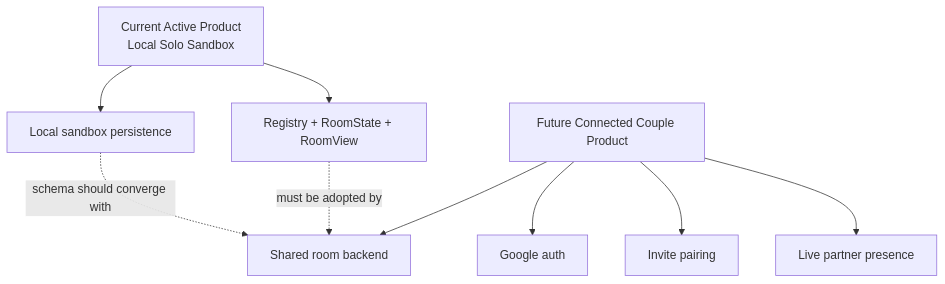
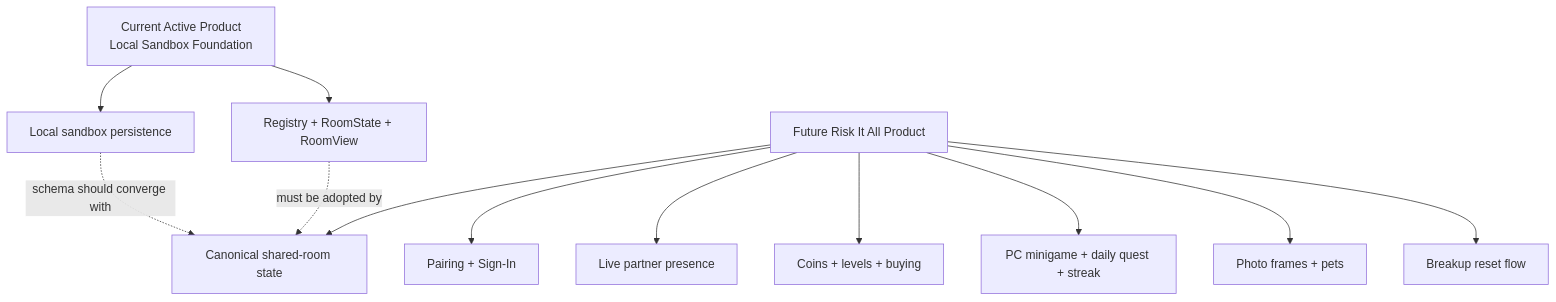
The sixth of 6 diagrams in docs/DIAGRAMS.md (Erlavush/FAHHH), drawn with Mermaid before and after one commit. The commit also changed other lines of this file and 19 other files, not shown here.

Commit message:
Add local inventory ownership flow and update project vision

````diff
--- a/docs/DIAGRAMS.md
+++ b/docs/DIAGRAMS.md
@@ -106,13 +104,16 @@
 ```mermaid
 flowchart TD
-  Current["Current Active Product<br/>Local Solo Sandbox"] --> CurrentTruth["Registry + RoomState + RoomView"]
+  Current["Current Active Product<br/>Local Sandbox Foundation"] --> CurrentTruth["Registry + RoomState + RoomView"]
   Current --> LocalSave["Local sandbox persistence"]
 
-  Future["Future Connected Couple Product"] --> Auth["Google auth"]
-  Future --> Pairing["Invite pairing"]
-  Future --> SharedRoom["Shared room backend"]
+  Future["Future Risk It All Product"] --> Auth["Pairing + Sign-In"]
+  Future --> SharedRoom["Canonical shared-room state"]
   Future --> Presence["Live partner presence"]
+  Future --> Economy["Coins + levels + buying"]
+  Future --> Loop["PC minigame + daily quest + streak"]
+  Future --> Personal["Photo frames + pets"]
+  Future --> Breakup["Breakup reset flow"]
 
   CurrentTruth -. must be adopted by .-> SharedRoom
   LocalSave -. schema should converge with .-> SharedRoom
 ```
````
